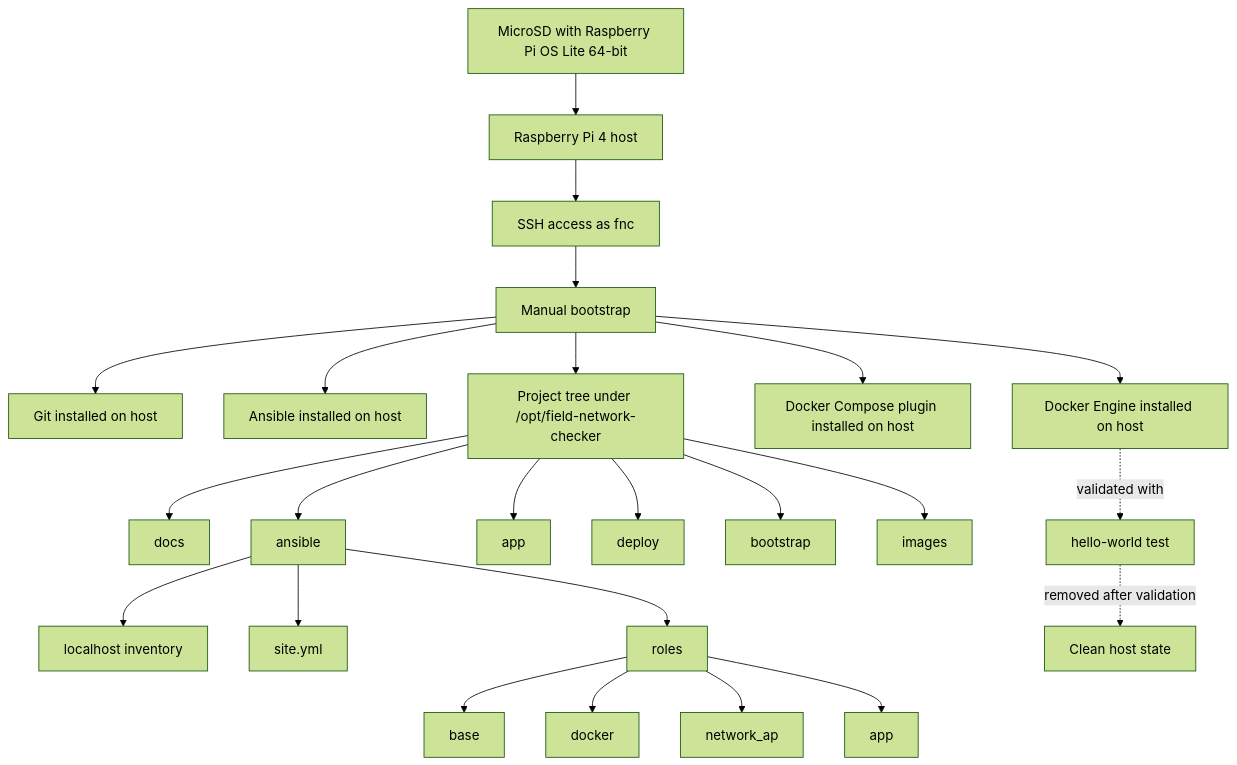
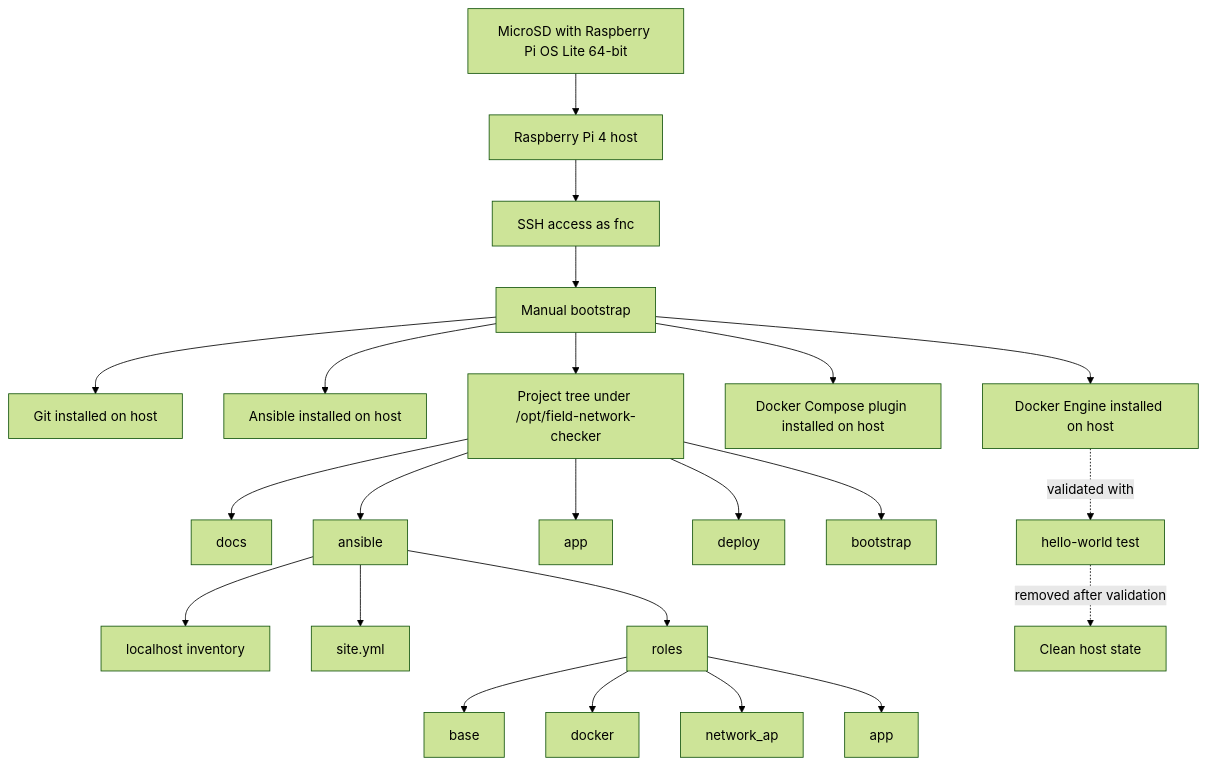
One commit to PatrickPaul-Perso/field-network-checker changed the diagram in docs/internal/20-milestone-1-manual-bootstrap.md. Above: the diagram before and after it, drawn with Mermaid (forest theme). The commit also changed other lines of this file, not shown here.

````diff
--- a/docs/internal/20-milestone-1-manual-bootstrap.md
+++ b/docs/internal/20-milestone-1-manual-bootstrap.md
@@ -136,29 +134,28 @@
 ```mermaid
 flowchart TD
     A[MicroSD with Raspberry Pi OS Lite 64-bit] --> B[Raspberry Pi 4 host]
     B --> C[SSH access as fnc]
     C --> D[Manual bootstrap]
     D --> E[Git installed on host]
     D --> F[Ansible installed on host]
     D --> G[Docker Engine installed on host]
     D --> H[Docker Compose plugin installed on host]
     D --> I[Project tree under /opt/field-network-checker]
 
     I --> J[docs]
     I --> K[ansible]
     I --> L[app]
     I --> M[deploy]
     I --> N[bootstrap]
-    I --> O[images]
 
     K --> P[localhost inventory]
     K --> Q[site.yml]
     K --> R[roles]
     R --> S[base]
     R --> T[docker]
     R --> U[network_ap]
     R --> V[app]
 
     G -. validated with .-> W[hello-world test]
     W -. removed after validation .-> X[Clean host state]
 ```
````
